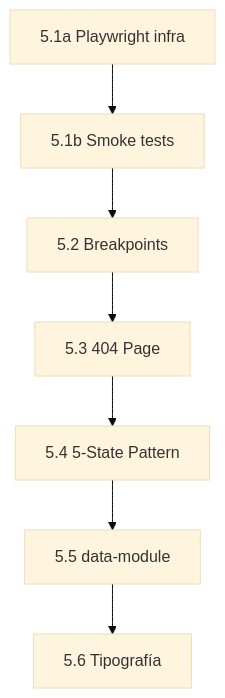
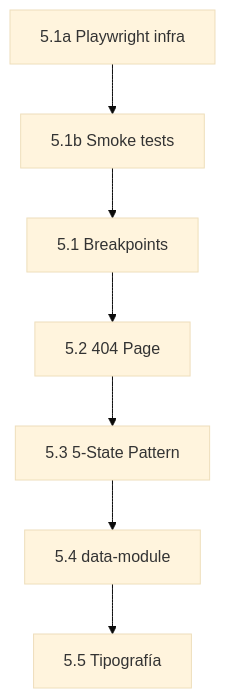
Before and after one commit to civicum/civicum: the diagram in docs-ui/_gate5/implementation_plan.md, drawn with Mermaid (base theme). The commit also changed other lines of this file, not shown here.

Commit message:
docs(gate5): hygiene — align mermaid flow, harden pre-404 smoke test, mark grep optional

````diff
--- a/docs-ui/_gate5/implementation_plan.md
+++ b/docs-ui/_gate5/implementation_plan.md
@@ -163,9 +165,9 @@
 ```mermaid
 graph TD
     P1[5.1a Playwright infra] --> P2[5.1b Smoke tests]
-    P2 --> A[5.2 Breakpoints]
-    A --> B[5.3 404 Page]
-    B --> C[5.4 5-State Pattern]
-    C --> D[5.5 data-module]
-    D --> E[5.6 Tipografía]
+    P2 --> A[5.1 Breakpoints]
+    A --> B[5.2 404 Page]
+    B --> C[5.3 5-State Pattern]
+    C --> D[5.4 data-module]
+    D --> E[5.5 Tipografía]
 ```
````
